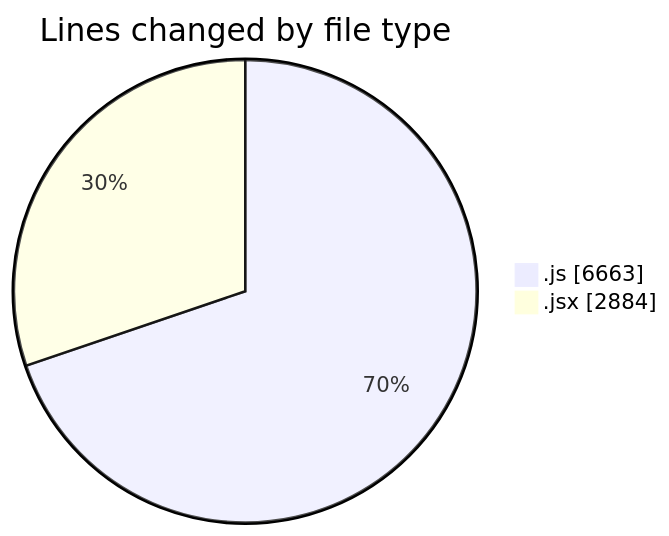
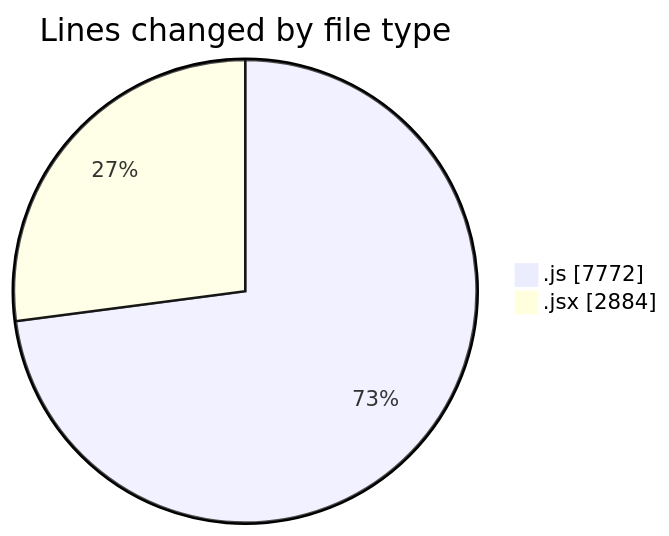
One commit to nxtqubesakshisongat/code-tracking changed the first of 2 diagrams in 2025-09-26/nxtqube_webapp/README.md. Above: the diagram before and after it, drawn with Mermaid. The commit also changed other lines of this file and 1 other file, not shown here.

````diff
--- a/2025-09-26/nxtqube_webapp/README.md
+++ b/2025-09-26/nxtqube_webapp/README.md
@@ -24,6 +24,6 @@
 ```mermaid
 pie showData
 title Lines changed by file type
-".js" : 6663
+".js" : 7772
 ".jsx" : 2884
 ```
````
